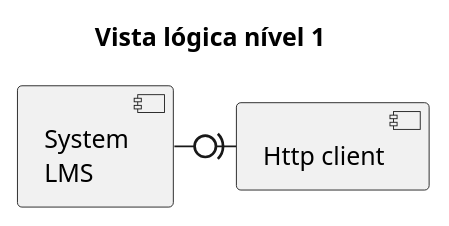
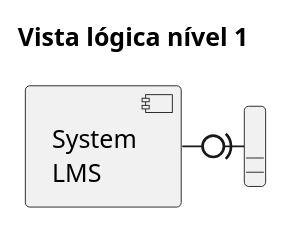
Before and after one commit to Guiigou/SIDIS_2024: the diagram in LibraryAPI/docs/Vista lógica/Nivel1.puml, drawn with PlantUML. The commit also changed 4 other files, not shown here.

```diff
--- a/LibraryAPI/docs/Vista lógica/Nivel1.puml
+++ b/LibraryAPI/docs/Vista lógica/Nivel1.puml
@@ -1,22 +1,19 @@
 @startuml
  'https://plantuml.com/class-diagram
 
 title Vista lógica nível 1
 
  hide circle
  skinparam classAttributeIconSize 0
 
 
 component System [
   System
   LMS
 ]
-component Http_Client [
-    Http client
-]
 
 
-System -right0)- Http_Client
+System -right0)- " "
 
 
 @enduml
```
